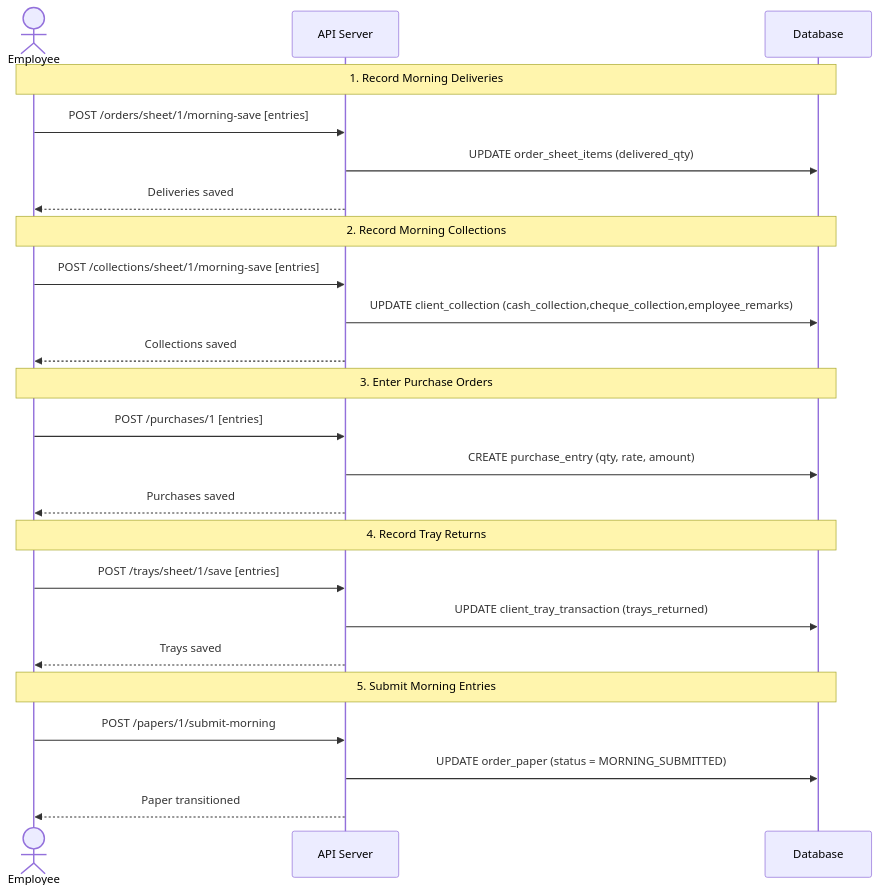
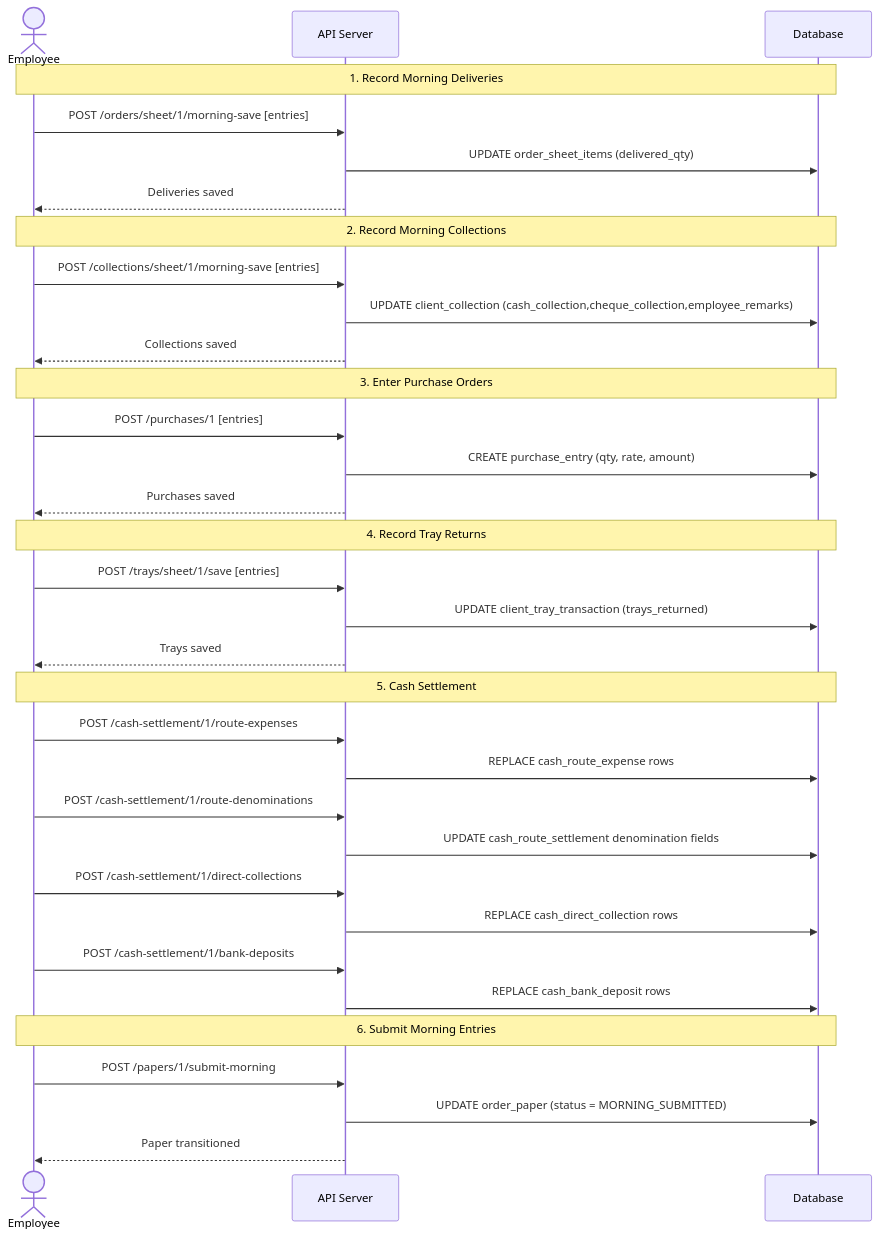
One commit to shreenal/Milk_distribution_ERP_system changed the second of 5 diagrams in docs/9-WORKFLOWS.md. Above: the diagram before and after it, drawn with Mermaid. The commit also changed other lines of this file and 43 other files, not shown here.

Commit message:
feat(workflow): add cash settlement and align paper sale-date model

````diff
--- a/docs/9-WORKFLOWS.md
+++ b/docs/9-WORKFLOWS.md
@@ -80,30 +110,43 @@
 ```mermaid
 sequenceDiagram
     actor E as Employee
     participant API as API Server
     participant DB as Database
     
     Note over E,DB: 1. Record Morning Deliveries
     E->>API: POST /orders/sheet/1/morning-save [entries]
     API->>DB: UPDATE order_sheet_items (delivered_qty)
     API-->>E: Deliveries saved
     Note over E,DB: 2. Record Morning Collections
     E->>API: POST /collections/sheet/1/morning-save [entries]
     API->>DB: UPDATE client_collection (cash_collection,cheque_collection,employee_remarks)
     API-->>E: Collections saved
     
     Note over E,DB: 3. Enter Purchase Orders
     E->>API: POST /purchases/1 [entries]
     API->>DB: CREATE purchase_entry (qty, rate, amount)
     API-->>E: Purchases saved
     
     Note over E,DB: 4. Record Tray Returns
     E->>API: POST /trays/sheet/1/save [entries]
     API->>DB: UPDATE client_tray_transaction (trays_returned)
     API-->>E: Trays saved
+
+    Note over E,DB: 5. Cash Settlement
+E->>API: POST /cash-settlement/1/route-expenses
+API->>DB: REPLACE cash_route_expense rows
+
+E->>API: POST /cash-settlement/1/route-denominations
+API->>DB: UPDATE cash_route_settlement denomination fields
+
+E->>API: POST /cash-settlement/1/direct-collections
+API->>DB: REPLACE cash_direct_collection rows
+
+E->>API: POST /cash-settlement/1/bank-deposits
+API->>DB: REPLACE cash_bank_deposit rows
     
-    Note over E,DB: 5. Submit Morning Entries
+    Note over E,DB: 6. Submit Morning Entries
     E->>API: POST /papers/1/submit-morning
     API->>DB: UPDATE order_paper (status = MORNING_SUBMITTED)
     API-->>E: Paper transitioned
 ```
````
